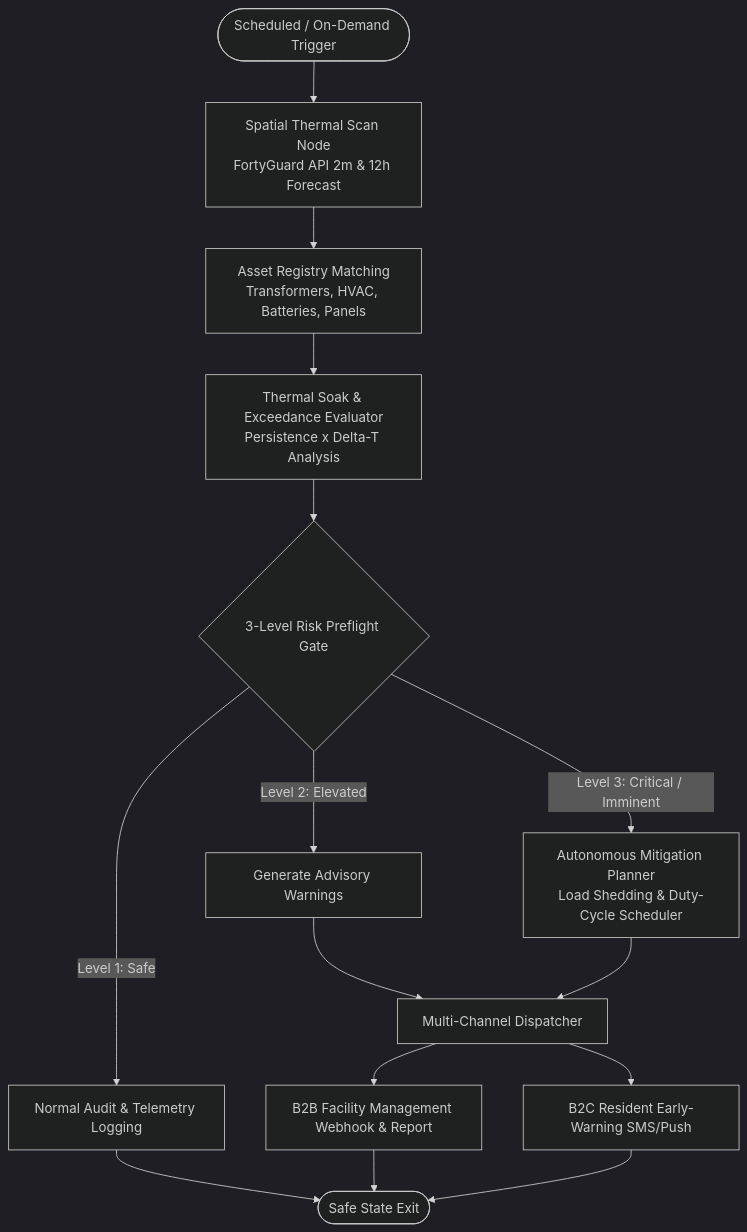
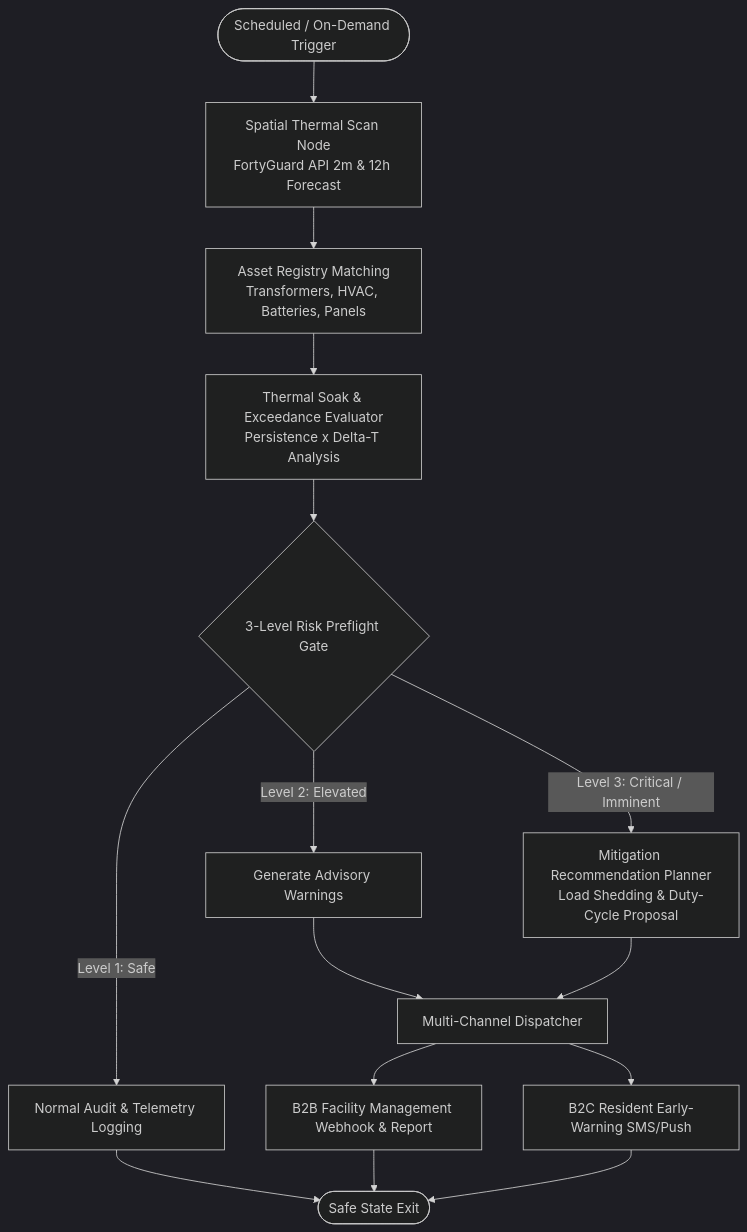
The diagram in AGENT_CONTEXT.md (KarimmYasser/fortyguard-hackathon), drawn with Mermaid (dark theme) before and after one commit. The commit also changed other lines of this file and 19 other files, not shown here.

````diff
--- a/AGENT_CONTEXT.md
+++ b/AGENT_CONTEXT.md
@@ -75,22 +75,22 @@
 ```mermaid
 flowchart TD
     Start([Scheduled / On-Demand Trigger]) --> ScanNode[Spatial Thermal Scan Node\nFortyGuard API 2m & 12h Forecast]
     ScanNode --> IngestLayer[Asset Registry Matching\nTransformers, HVAC, Batteries, Panels]
     IngestLayer --> SoakEval[Thermal Soak & Exceedance Evaluator\nPersistence x Delta-T Analysis]
     
     SoakEval --> RiskGate{3-Level Risk Preflight Gate}
     
     RiskGate -->|Level 1: Safe| AuditLog[Normal Audit & Telemetry Logging]
     RiskGate -->|Level 2: Elevated| WarningPlanner[Generate Advisory Warnings]
-    RiskGate -->|Level 3: Critical / Imminent| MitigationPlanner[Autonomous Mitigation Planner\nLoad Shedding & Duty-Cycle Scheduler]
+    RiskGate -->|Level 3: Critical / Imminent| MitigationPlanner[Mitigation Recommendation Planner\nLoad Shedding & Duty-Cycle Proposal]
     
     WarningPlanner --> Dispatcher[Multi-Channel Dispatcher]
     MitigationPlanner --> Dispatcher
     
     Dispatcher --> B2BHook[B2B Facility Management Webhook & Report]
     Dispatcher --> B2CAlert[B2C Resident Early-Warning SMS/Push]
     
     AuditLog --> End([Safe State Exit])
     B2BHook --> End
     B2CAlert --> End
 ```
````
